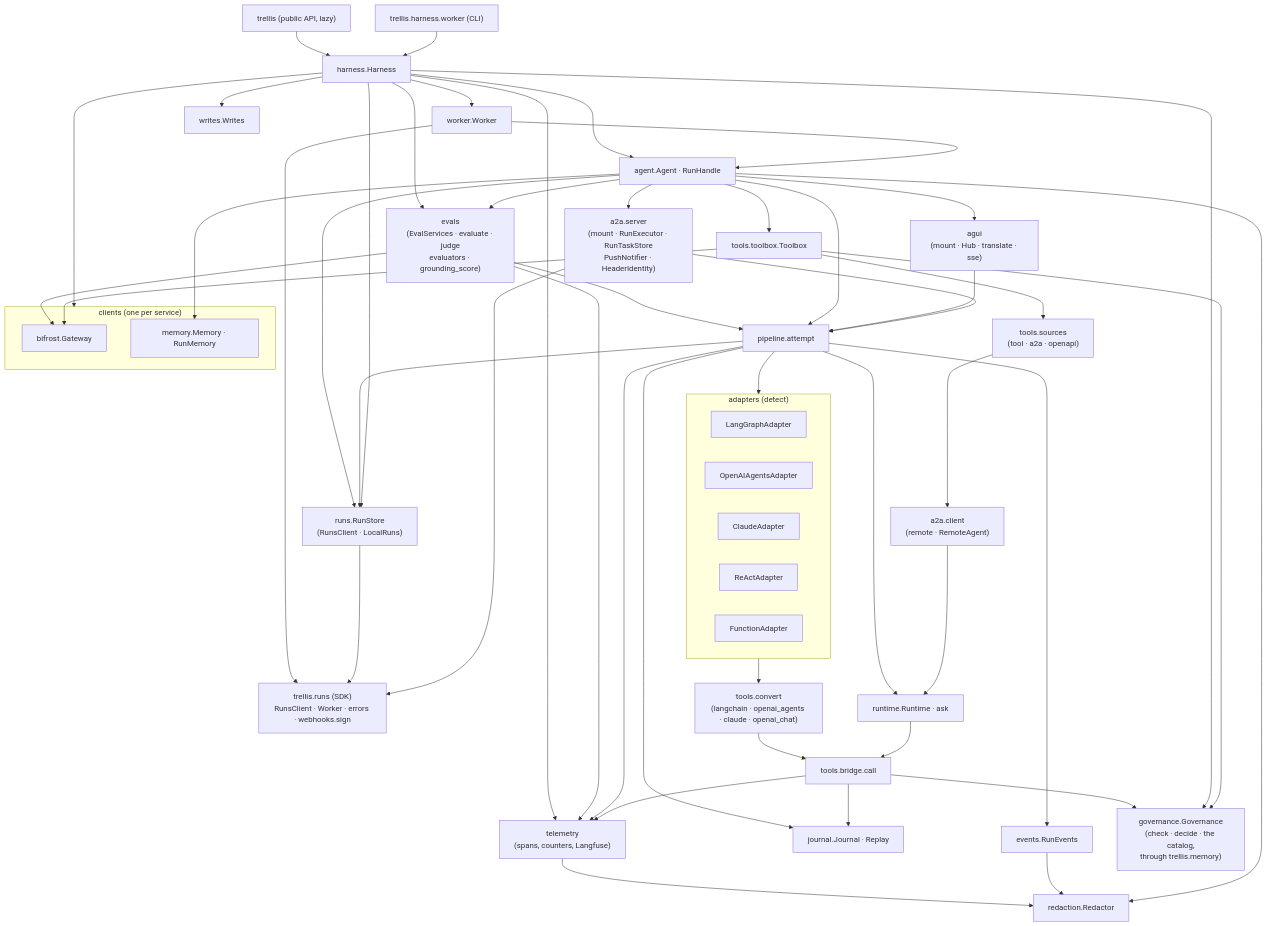
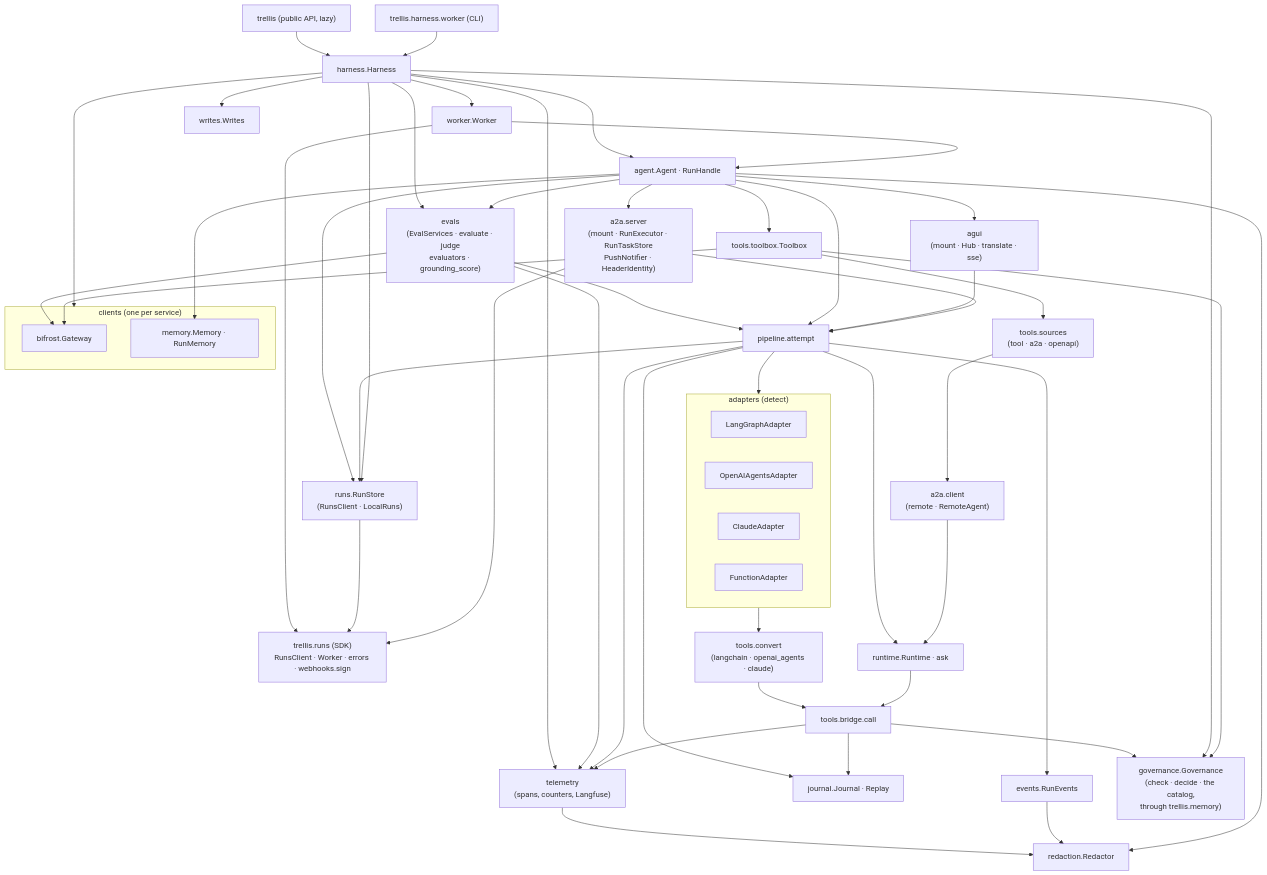
One commit to amitmohapatra/agent-harness changed the third of 11 diagrams in ARCHITECTURE.md. Above: the diagram before and after it, drawn with Mermaid. The commit also changed other lines of this file and 79 other files, not shown here.

````diff
--- a/ARCHITECTURE.md
+++ b/ARCHITECTURE.md
@@ -175,62 +184,61 @@
 ```mermaid
 flowchart TB
   api["trellis (public API, lazy)"] --> harness["harness.Harness"]
   cli["trellis.harness.worker (CLI)"] --> harness
   harness --> agent["agent.Agent · RunHandle"]
   harness --> workerm["worker.Worker"]
   harness --> writes["writes.Writes"]
   harness --> telemetry["telemetry<br/>(spans, counters, Langfuse)"]
   harness --> evals["evals<br/>(EvalServices · evaluate · judge<br/>evaluators · grounding_score)"]
   agent --> evals
   evals --> pipeline
   evals --> telemetry
   evals --> bifrost
   workerm --> agent
   workerm --> sdk
   agent --> pipeline["pipeline.attempt"]
   agent --> agui["agui<br/>(mount · Hub · translate · sse)"]
   agent --> a2aserver["a2a.server<br/>(mount · RunExecutor · RunTaskStore<br/>PushNotifier · HeaderIdentity)"]
   agui --> pipeline
   a2aserver --> pipeline
   pipeline --> runtime["runtime.Runtime · ask"]
   pipeline --> journal["journal.Journal · Replay"]
   pipeline --> events["events.RunEvents"]
   pipeline --> adapters
   subgraph adapters["adapters (detect)"]
     langgraph["LangGraphAdapter"]
     openai["OpenAIAgentsAdapter"]
     claude["ClaudeAdapter"]
-    react["ReActAdapter"]
     function["FunctionAdapter"]
   end
-  adapters --> convert["tools.convert<br/>(langchain · openai_agents · claude · openai_chat)"]
+  adapters --> convert["tools.convert<br/>(langchain · openai_agents · claude)"]
   convert --> bridge["tools.bridge.call"]
   runtime --> bridge
   bridge --> governance["governance.Governance<br/>(check · decide · the catalog,<br/>through trellis.memory)"]
   bridge --> journal
   harness --> governance
   agent --> toolbox["tools.toolbox.Toolbox"]
   toolbox --> governance
   toolbox --> sources["tools.sources<br/>(tool · a2a · openapi)"]
   sources --> a2aclient["a2a.client<br/>(remote · RemoteAgent)"]
   a2aclient --> runtime
   subgraph clients["clients (one per service)"]
     bifrost["bifrost.Gateway"]
     memory["memory.Memory · RunMemory"]
   end
   runs["runs.RunStore<br/>(RunsClient · LocalRuns)"]
   sdk["trellis.runs (SDK)<br/>RunsClient · Worker · errors · webhooks.sign"]
   toolbox --> bifrost
   agent --> memory
   agent --> runs
   pipeline --> runs
   harness --> clients
   harness --> runs
   runs --> sdk
   a2aserver --> sdk
   telemetry --> redaction["redaction.Redactor"]
   events --> redaction
   agent --> redaction
   pipeline --> telemetry
   bridge --> telemetry
 ```
````
